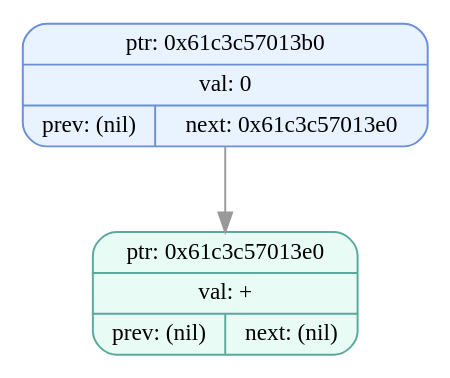
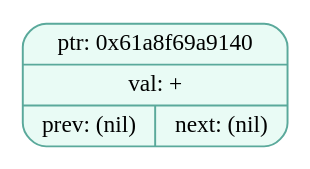
Before and after one commit to EvilTomato9890/Difference: the diagram in dumps/tree_dump_000.dot, drawn with Graphviz. The commit also changed 37 other files, not shown here.

```diff
--- a/dumps/tree_dump_000.dot
+++ b/dumps/tree_dump_000.dot
@@ -1,7 +1,5 @@
 digraph T{
   node [fontname="Fira Mono",shape=record,style="filled,rounded",fontsize=12];
   graph [splines=true, nodesep=0.6, ranksep=0.6];
-  node_0x61c3c57013b0[shape=record,label="{ {ptr: 0x61c3c57013b0} | {val: 0} | { prev: (nil) | next: 0x61c3c57013e0 } }",color="#6b8fd6",fillcolor="#e9f2ff"];
-  node_0x61c3c57013e0[shape=record,label="{ {ptr: 0x61c3c57013e0} | {val: +} | { prev: (nil) | next: (nil) } }",color="#5aa99b",fillcolor="#e9fbf5"];
-  node_0x61c3c57013b0 -> node_0x61c3c57013e0 [color="#999999"];
+  node_0x61a8f69a9140[shape=record,label="{ {ptr: 0x61a8f69a9140} | {val: +} | { prev: (nil) | next: (nil) } }",color="#5aa99b",fillcolor="#e9fbf5"];
 }
```
